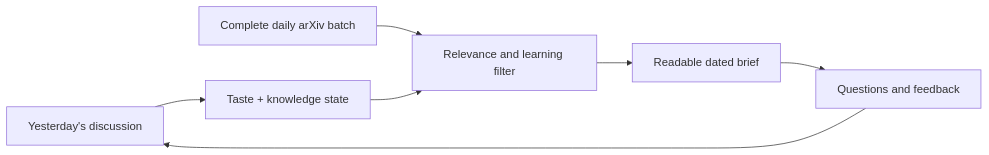
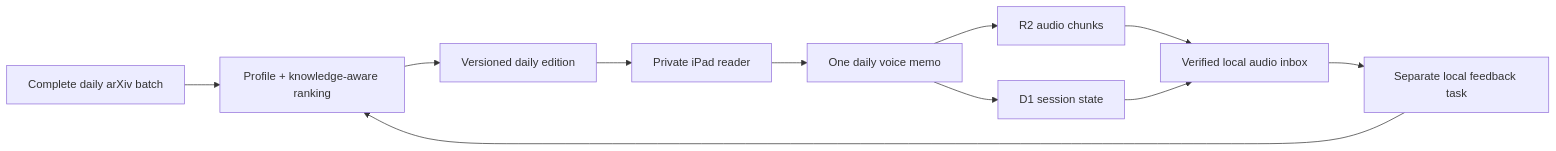
One commit to vanjaoljaca/arxiv-daily-brief changed the diagram in README.md. Above: the diagram before and after it, drawn with Mermaid. The commit also changed other lines of this file and 49 other files, not shown here.

Commit message:
Publish the iPad voice reader

````diff
--- a/README.md
+++ b/README.md
@@ -27,9 +28,13 @@
 ```mermaid
 flowchart LR
-    A["Yesterday's discussion"] --> B["Taste + knowledge state"]
-    C["Complete daily arXiv batch"] --> D["Relevance and learning filter"]
-    B --> D
-    D --> E["Readable dated brief"]
-    E --> F["Questions and feedback"]
-    F --> A
+    A["Complete daily arXiv batch"] --> B["Profile + knowledge-aware ranking"]
+    B --> C["Versioned daily edition"]
+    C --> D["Private iPad reader"]
+    D --> E["One daily voice memo"]
+    E --> F["R2 audio chunks"]
+    E --> G["D1 session state"]
+    F --> H["Verified local audio inbox"]
+    G --> H
+    H --> I["Separate local feedback task"]
+    I --> B
 ```
````
